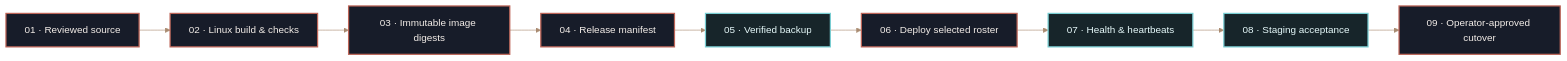
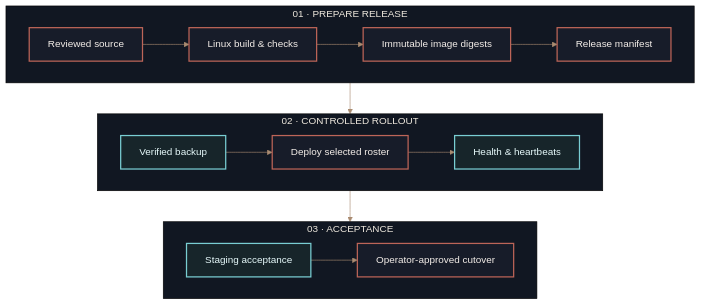
One commit to xyanncat/Ei-point changed the second of 3 diagrams in README.md. Above: the diagram before and after it, drawn with Mermaid. The commit also changed other lines of this file, not shown here.

Commit message:
docs: improve README diagram readability

````diff
--- a/README.md
+++ b/README.md
@@ -216,16 +219,25 @@
 ```mermaid
 %%{init: {'theme':'base','themeVariables': {'primaryColor':'#171c29','primaryTextColor':'#eef2f7','primaryBorderColor':'#b95348','lineColor':'#a98b71','secondaryColor':'#20283a','tertiaryColor':'#111722','fontFamily':'ui-sans-serif, system-ui, sans-serif'}}}%%
-flowchart LR
-  Source[01 · Reviewed source] --> Build[02 · Linux build & checks]
-  Build --> Digest[03 · Immutable image digests]
-  Digest --> Manifest[04 · Release manifest]
-  Manifest --> Backup[05 · Verified backup]
-  Backup --> Deploy[06 · Deploy selected roster]
-  Deploy --> Health[07 · Health & heartbeats]
-  Health --> Accept[08 · Staging acceptance]
-  Accept --> Cutover[09 · Operator-approved cutover]
+flowchart TB
+  subgraph Prepare["01 · PREPARE RELEASE"]
+    direction LR
+    Source[Reviewed source] --> Build[Linux build & checks]
+    Build --> Digest[Immutable image digests]
+    Digest --> Manifest[Release manifest]
+  end
+  subgraph Rollout["02 · CONTROLLED ROLLOUT"]
+    direction LR
+    Backup[Verified backup] --> Deploy[Deploy selected roster]
+    Deploy --> Health[Health & heartbeats]
+  end
+  subgraph Acceptance["03 · ACCEPTANCE"]
+    direction LR
+    Accept[Staging acceptance] --> Cutover[Operator-approved cutover]
+  end
+  Manifest --> Backup
+  Health --> Accept
   classDef gate fill:#171c29,stroke:#bd6558,color:#f4eee9,stroke-width:2px
   classDef evidence fill:#17252a,stroke:#79ced3,color:#e8fbfc,stroke-width:2px
   class Source,Build,Digest,Manifest,Deploy,Cutover gate
   class Backup,Health,Accept evidence
 ```
````
